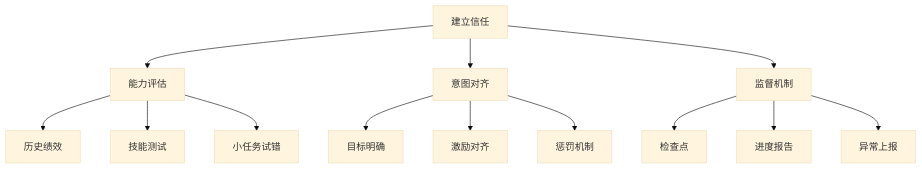
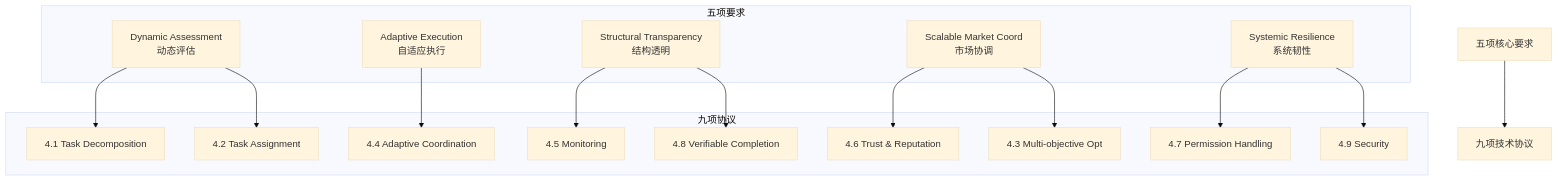
The diagram in _posts/2026-03-01-intelligent-ai-delegation.md (renlulu/renlulu.github.io), drawn with Mermaid (base theme) before and after one commit. The commit also changed other lines of this file, not shown here.

````diff
--- a/_posts/2026-03-01-intelligent-ai-delegation.md
+++ b/_posts/2026-03-01-intelligent-ai-delegation.md
@@ -182,18 +154,34 @@
 ```mermaid
 graph TD
-    A[建立信任] --> B[能力评估]
-    A --> C[意图对齐]
-    A --> D[监督机制]
+    A[五项核心要求] --> B[九项技术协议]
     
-    B --> B1[历史绩效]
-    B --> B2[技能测试]
-    B --> B3[小任务试错]
+    subgraph "五项要求"
+    A1[Dynamic Assessment<br/>动态评估]
+    A2[Adaptive Execution<br/>自适应执行]
+    A3[Structural Transparency<br/>结构透明]
+    A4[Scalable Market Coord<br/>市场协调]
+    A5[Systemic Resilience<br/>系统韧性]
+    end
     
-    C --> C1[目标明确]
-    C --> C2[激励对齐]
-    C --> C3[惩罚机制]
+    subgraph "九项协议"
+    B1[4.1 Task Decomposition]
+    B2[4.2 Task Assignment]
+    B3[4.3 Multi-objective Opt]
+    B4[4.4 Adaptive Coordination]
+    B5[4.5 Monitoring]
+    B6[4.6 Trust & Reputation]
+    B7[4.7 Permission Handling]
+    B8[4.8 Verifiable Completion]
+    B9[4.9 Security]
+    end
     
-    D --> D1[检查点]
-    D --> D2[进度报告]
-    D --> D3[异常上报]
+    A1 --> B1
+    A1 --> B2
+    A2 --> B4
+    A3 --> B5
+    A3 --> B8
+    A4 --> B6
+    A4 --> B3
+    A5 --> B7
+    A5 --> B9
 ```
````
